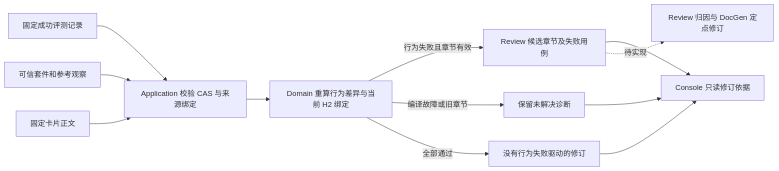
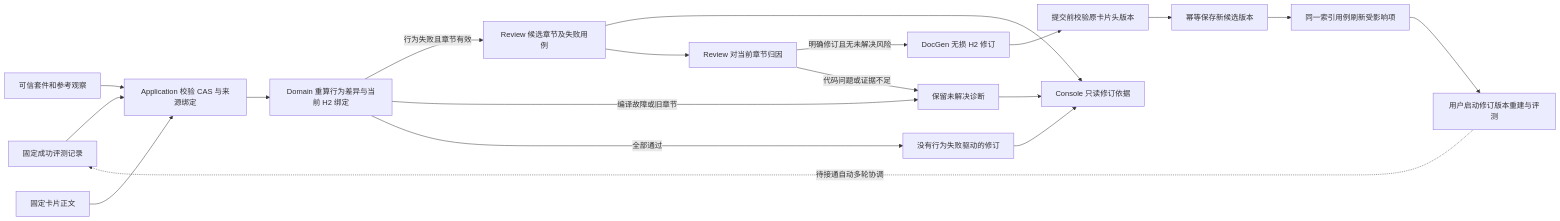
Before and after one commit to linlisWorkTeam/domain-knowledge: diagram 11 of 11 in docs/diagrams/Views4Plus1.md, drawn with Mermaid. The commit also changed other lines of this file and 20 other files, not shown here.

````diff
--- a/docs/diagrams/Views4Plus1.md
+++ b/docs/diagrams/Views4Plus1.md
@@ -262,14 +262,21 @@
 ```mermaid
 flowchart LR
   Evaluation[固定成功评测记录] --> Load[Application 校验 CAS 与来源绑定]
   Oracle[可信套件和参考观察] --> Load
   Body[固定卡片正文] --> Load
   Load --> Domain[Domain 重算行为差异与当前 H2 绑定]
   Domain -->|行为失败且章节有效| Candidate[Review 候选章节及失败用例]
   Domain -->|编译故障或旧章节| Unresolved[保留未解决诊断]
   Domain -->|全部通过| None[没有行为失败驱动的修订]
   Candidate --> UI[Console 只读修订依据]
   Unresolved --> UI
   None --> UI
-  Candidate -. 待实现 .-> Review[Review 归因与 DocGen 定点修订]
+  Candidate --> Review[Review 对当前章节归因]
+  Review -->|明确修订且无未解决风险| DocGen[DocGen 无损 H2 修订]
+  Review -->|代码问题或证据不足| Unresolved
+  DocGen --> Parent[提交前校验原卡片头版本]
+  Parent --> CandidateVersion[幂等保存新候选版本]
+  CandidateVersion --> Index[同一索引用例刷新受影响项]
+  Index --> Next[用户启动修订版本重建与评测]
+  Next -. 待接通自动多轮协调 .-> Evaluation
 ```
````
